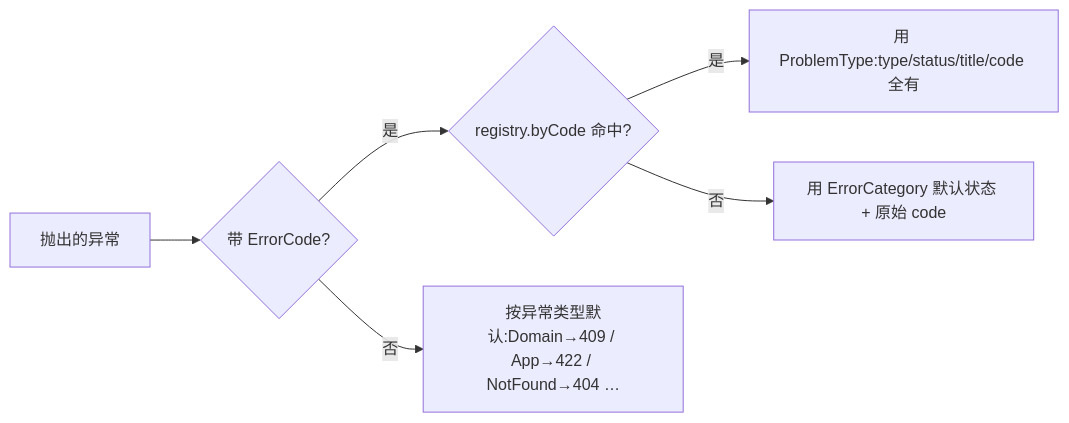
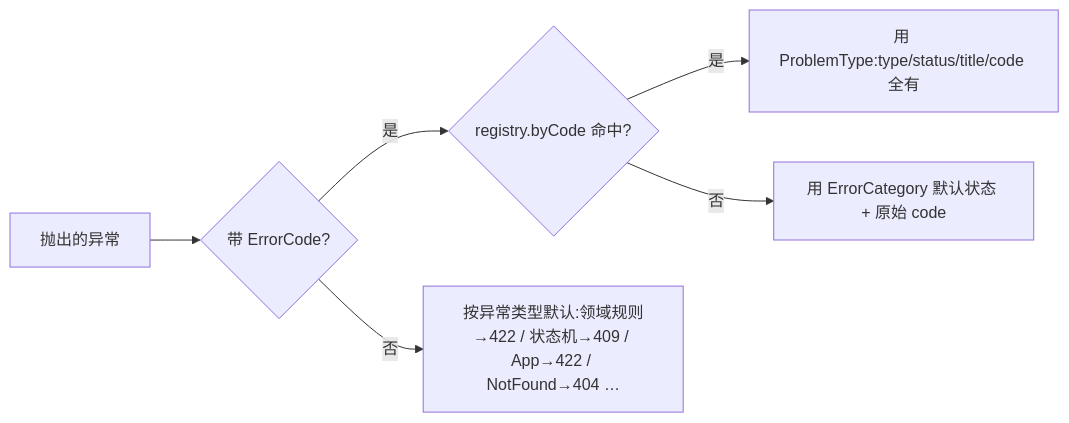
One commit to ryan-alexander-zhang/ai-native-project-template changed the third of 3 diagrams in docs/design/design-00003-exception-model.md. Above: the diagram before and after it, drawn with Mermaid. The commit also changed other lines of this file and 4 other files, not shown here.

````diff
--- a/docs/design/design-00003-exception-model.md
+++ b/docs/design/design-00003-exception-model.md
@@ -212,8 +218,8 @@
 ```mermaid
 flowchart LR
   ex["抛出的异常"] --> hasCode{"带 ErrorCode?"}
   hasCode -- 是 --> reg{"registry.byCode 命中?"}
   reg -- 是 --> pt["用 ProblemType:type/status/title/code 全有"]
   reg -- 否 --> cat["用 ErrorCategory 默认状态 + 原始 code"]
-  hasCode -- 否 --> typ["按异常类型默认:Domain→409 / App→422 / NotFound→404 …"]
+  hasCode -- 否 --> typ["按异常类型默认:领域规则→422 / 状态机→409 / App→422 / NotFound→404 …"]
 ```
````
